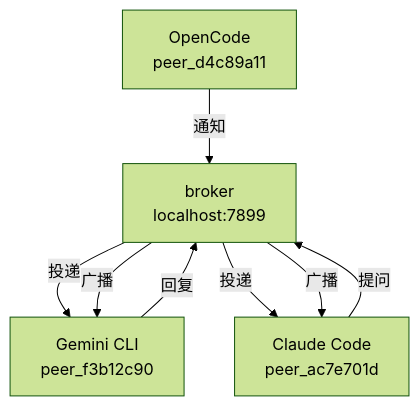
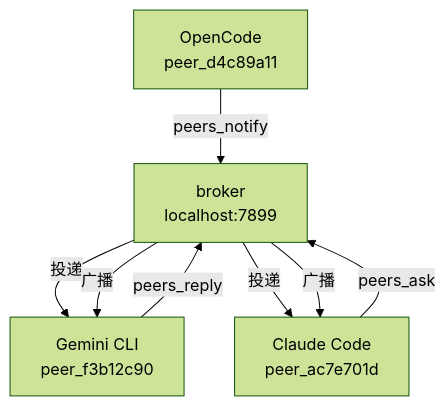
The diagram in README.zh.md (luisestebanveragomez/agents-mesh), drawn with Mermaid (forest theme) before and after one commit. The commit also changed other lines of this file and 2 other files, not shown here.

````diff
--- a/README.zh.md
+++ b/README.zh.md
@@ -23,13 +23,13 @@
 ```mermaid
 graph TD
     B[broker\nlocalhost:7899]
 
-    CC[Claude Code\npeer_ac7e701d] -->|提问| B
+    CC[Claude Code\npeer_ac7e701d] -->|peers_ask| B
     B -->|投递| GM[Gemini CLI\npeer_f3b12c90]
-    GM -->|回复| B
+    GM -->|peers_reply| B
     B -->|投递| CC
 
-    OC[OpenCode\npeer_d4c89a11] -->|通知| B
+    OC[OpenCode\npeer_d4c89a11] -->|peers_notify| B
     B -->|广播| CC
     B -->|广播| GM
 ```
````
